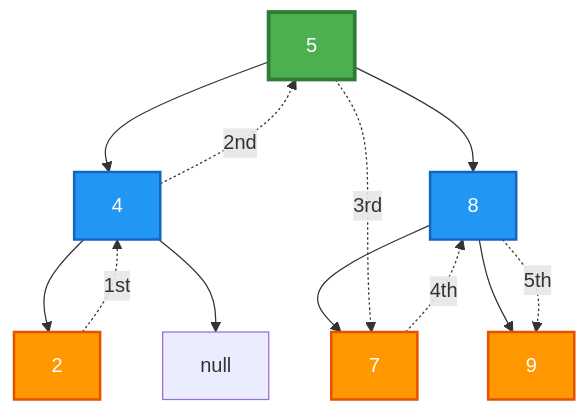
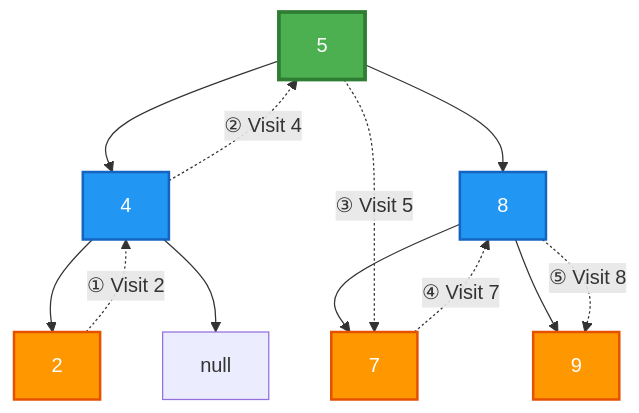
The second of 4 diagrams in README.md (120m4n/TreeNodesInPython), drawn with Mermaid before and after one commit. The commit also changed other lines of this file, not shown here.

Commit message:
Fix Mermaid diagram arrows to properly show traversal order

````diff
--- a/README.md
+++ b/README.md
@@ -53,22 +53,22 @@
 ```mermaid
 graph TD
     A[5] --> B[4]
     A --> C[8]
     B --> D[2]
     B --> E[null]
     C --> F[7]
     C --> G[9]
     
-    D -.->|1st| B
-    B -.->|2nd| A
-    A -.->|3rd| F
-    F -.->|4th| C
-    C -.->|5th| G
+    D -.->|"① Visit 2"| B
+    B -.->|"② Visit 4"| A
+    A -.->|"③ Visit 5"| F
+    F -.->|"④ Visit 7"| C
+    C -.->|"⑤ Visit 8"| G
     
     style A fill:#4CAF50,stroke:#2E7D32,stroke-width:3px,color:#fff
     style B fill:#2196F3,stroke:#1565C0,stroke-width:2px,color:#fff
     style C fill:#2196F3,stroke:#1565C0,stroke-width:2px,color:#fff
     style D fill:#FF9800,stroke:#E65100,stroke-width:2px,color:#fff
     style F fill:#FF9800,stroke:#E65100,stroke-width:2px,color:#fff
     style G fill:#FF9800,stroke:#E65100,stroke-width:2px,color:#fff
 ```
````
